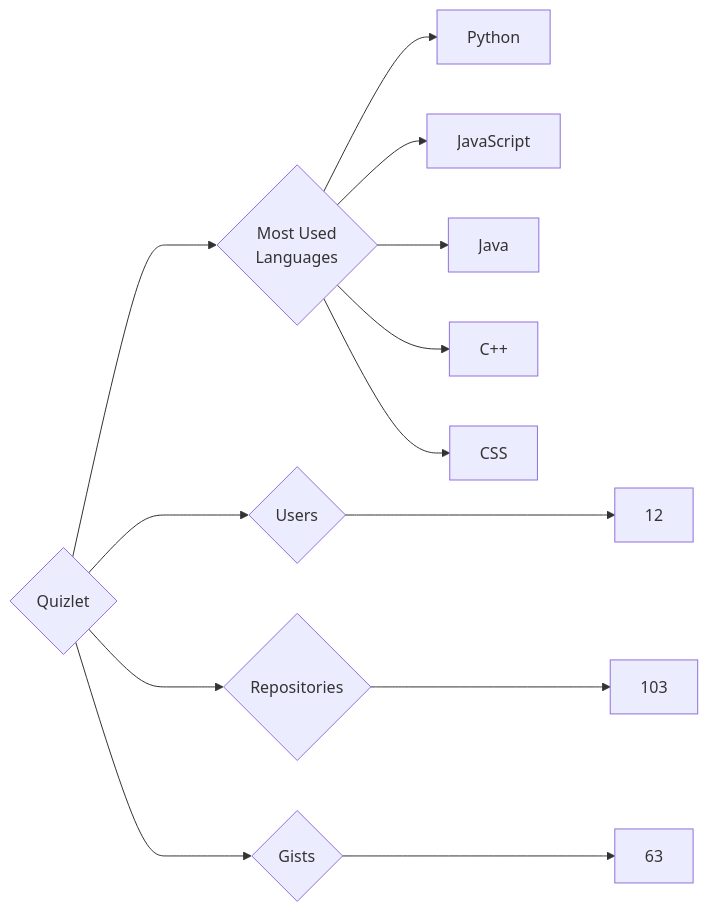
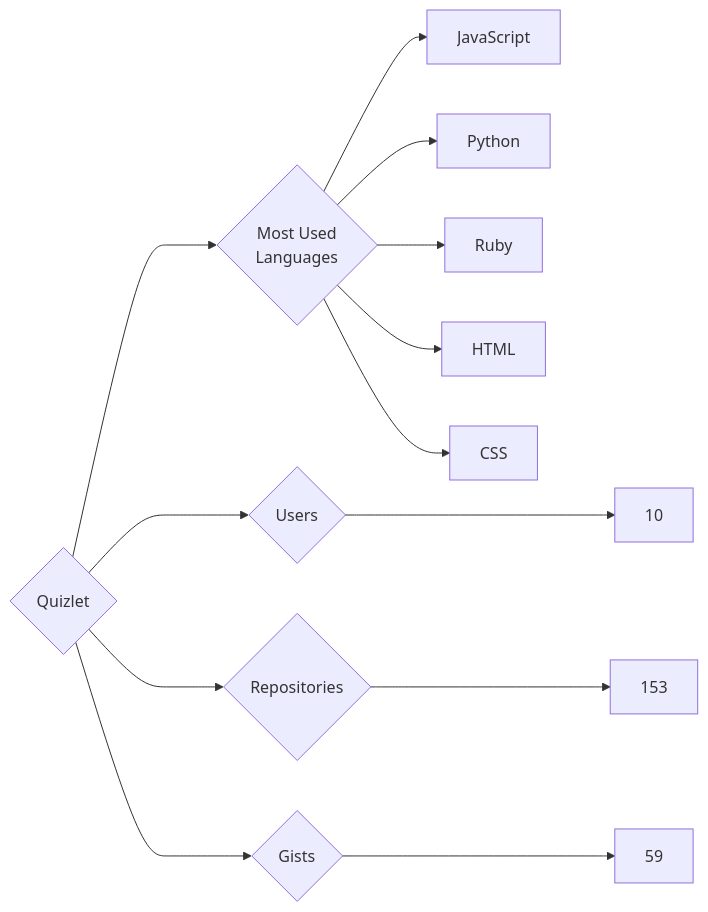
Before and after one commit to trickest/insiders: the diagram in targets/Quizlet/README.md, drawn with Mermaid. The commit also changed 1389 other files, not shown here.

````diff
--- a/targets/Quizlet/README.md
+++ b/targets/Quizlet/README.md
@@ -3,13 +3,13 @@
 ```mermaid
 graph LR
 COMPANY_NAME{Quizlet}
-COMPANY_NAME ---> U{Users} ---> UN[12]
-COMPANY_NAME ---> R{Repositories} ---> RN[103]
-COMPANY_NAME ---> G{Gists} ---> GN[63]
+COMPANY_NAME ---> U{Users} ---> UN[10]
+COMPANY_NAME ---> R{Repositories} ---> RN[153]
+COMPANY_NAME ---> G{Gists} ---> GN[59]
 COMPANY_NAME ---> ML{Most Used<br>Languages}
+ML --> JavaScript[JavaScript]
 ML --> Python[Python]
-ML --> JavaScript[JavaScript]
-ML --> Java[Java]
-ML --> C++[C++]
+ML --> Ruby[Ruby]
+ML --> HTML[HTML]
 ML --> CSS[CSS]
 ```
````
